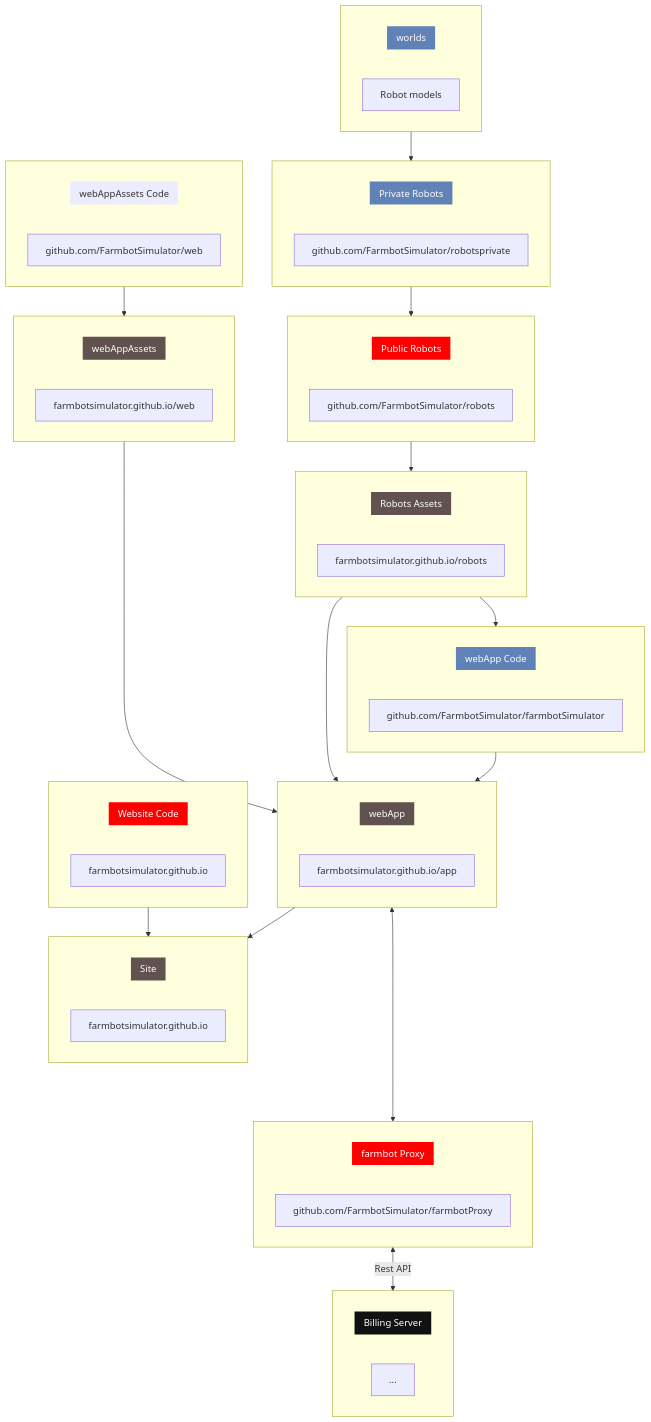
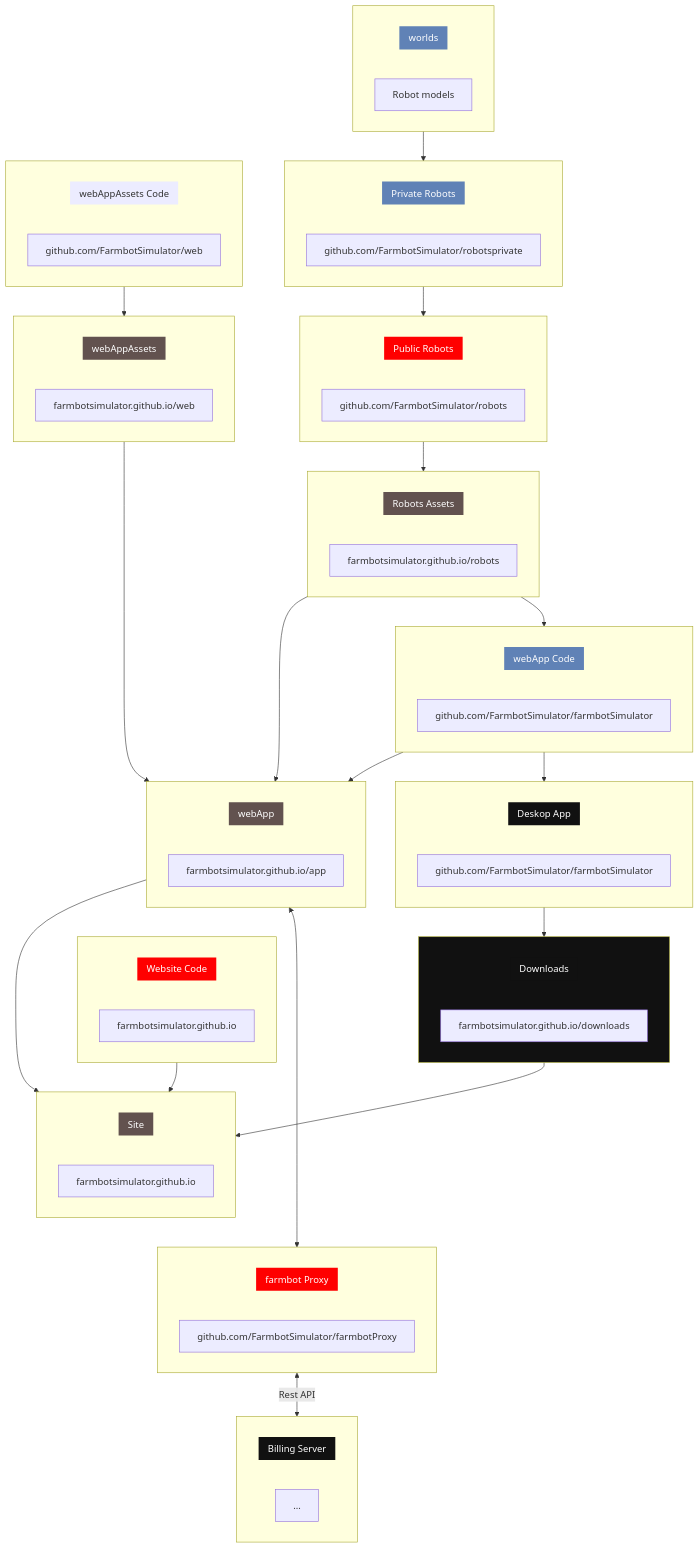
One commit to FarmbotSimulator/.github changed the first of 2 diagrams in profile/README.md. Above: the diagram before and after it, drawn with Mermaid.

````diff
--- a/profile/README.md
+++ b/profile/README.md
@@ -28,8 +28,6 @@
 class w_A borderless
 class worlds,w_A brightBlue
 click w_B "https://github.com/brianmechanisms/concepts" _blank
-
-
 
 subgraph robotsPrivate[ ]
     rPr_A[[Private Robots<br/> ]]
@@ -125,4 +123,23 @@
 
 webApp<---->farmbotProxy
 farmbotProxy<--Rest API-->billingServer
+
+
+
+
+subgraph deskopAppCode[ ]
+    dAC_A[[Deskop App<br/> ]]
+    dAC_B[github.com/FarmbotSimulator/farmbotSimulator]
+end
+class deskopAppCode,dAC_A green
+class dAC_A borderless
+webAppCode-->deskopAppCode-->downloads-->site
+
+subgraph downloads[ ]
+    dn_A[[Downloads<br/> ]]
+    dn_B[farmbotsimulator.github.io/downloads]
+end
+click dn_B "https://farmbotsimulator.github.io/downlods" _blank
+class dn_A borderless
+class downloads,dn_A green
 ```
````
